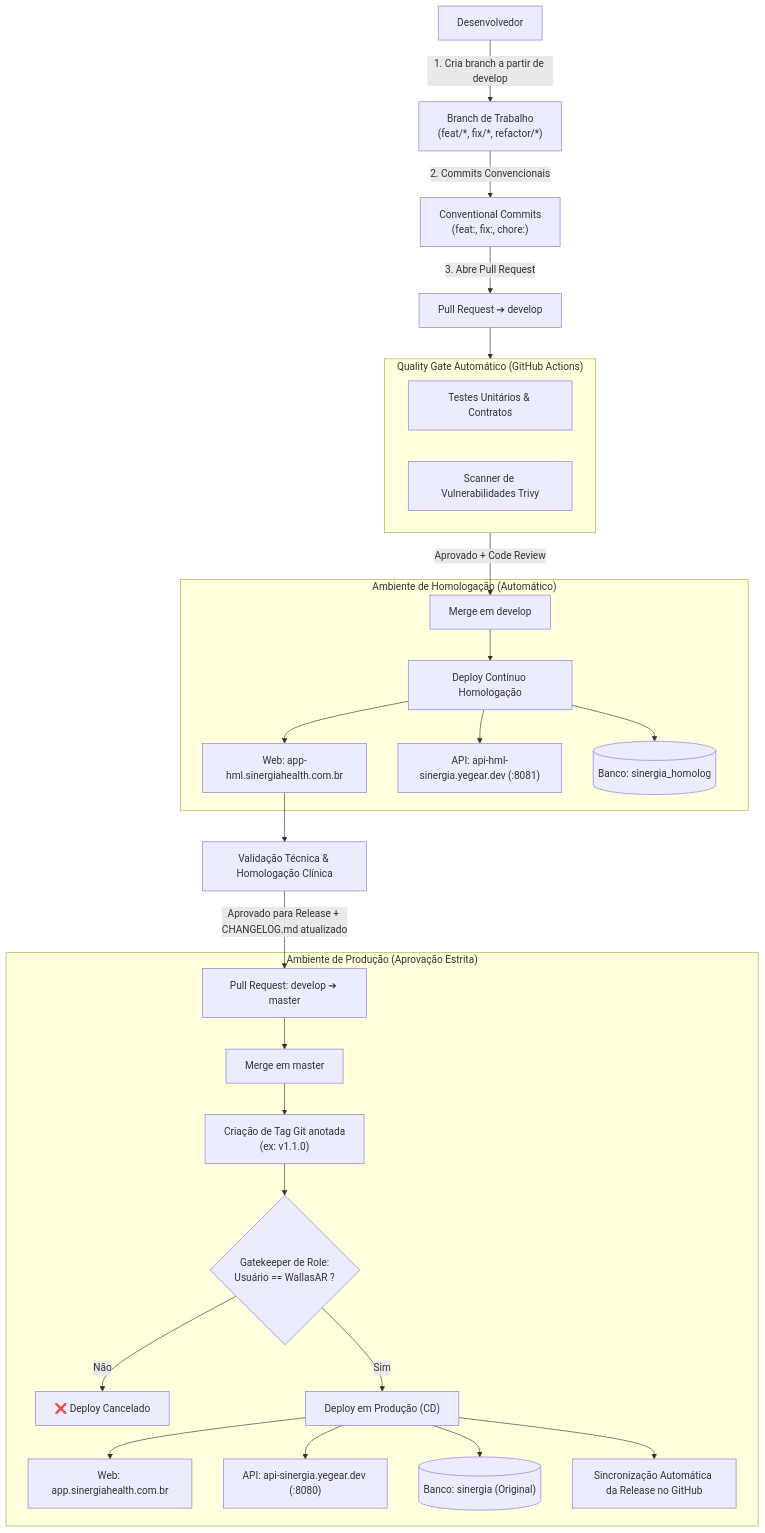
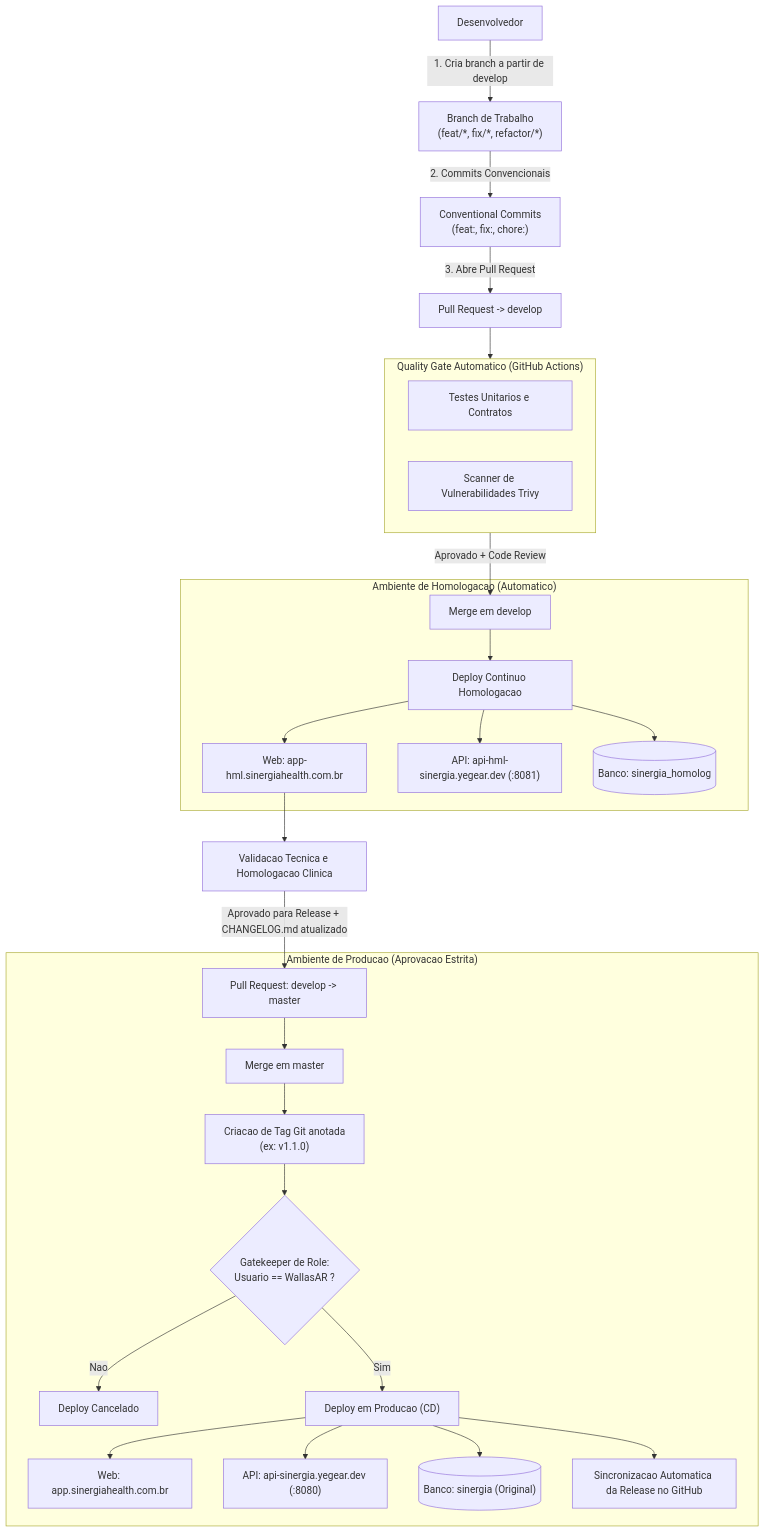
One commit to Sinergia-application/.github changed the diagram in docs/GUIA_DE_CONTRIBUICAO_E_DEPLOY_EQUIPE.md. Above: the diagram before and after it, drawn with Mermaid. The commit also changed other lines of this file and 1 other file, not shown here.

Commit message:
docs(pr-template): simplifica template de pull request e remove emojis

````diff
--- a/docs/GUIA_DE_CONTRIBUICAO_E_DEPLOY_EQUIPE.md
+++ b/docs/GUIA_DE_CONTRIBUICAO_E_DEPLOY_EQUIPE.md
@@ -9,36 +9,36 @@
 ```mermaid
 flowchart TD
     DEV["Desenvolvedor"] -->|1. Cria branch a partir de develop| BRANCH["Branch de Trabalho\n(feat/*, fix/*, refactor/*)"]
     BRANCH -->|2. Commits Convencionais| COMMITS["Conventional Commits\n(feat:, fix:, chore:)"]
-    COMMITS -->|3. Abre Pull Request| PR["Pull Request ➔ develop"]
+    COMMITS -->|3. Abre Pull Request| PR["Pull Request -> develop"]
     
-    subgraph CI["Quality Gate Automático (GitHub Actions)"]
-        TESTS["Testes Unitários & Contratos"]
+    subgraph CI["Quality Gate Automatico (GitHub Actions)"]
+        TESTS["Testes Unitarios e Contratos"]
         SECURITY["Scanner de Vulnerabilidades Trivy"]
     end
     
     PR --> CI
     CI -->|Aprovado + Code Review| MERGE_DEV["Merge em develop"]
     
-    subgraph Homolog["Ambiente de Homologação (Automático)"]
-        MERGE_DEV --> DEPLOY_HML["Deploy Contínuo Homologação"]
+    subgraph Homolog["Ambiente de Homologacao (Automatico)"]
+        MERGE_DEV --> DEPLOY_HML["Deploy Continuo Homologacao"]
         DEPLOY_HML --> HML_WEB["Web: app-hml.sinergiahealth.com.br"]
         DEPLOY_HML --> HML_API["API: api-hml-sinergia.yegear.dev (:8081)"]
         DEPLOY_HML --> HML_DB[("Banco: sinergia_homolog")]
     end
     
-    HML_WEB --> QA["Validação Técnica & Homologação Clínica"]
-    QA -->|Aprovado para Release + CHANGELOG.md atualizado| PR_MASTER["Pull Request: develop ➔ master"]
+    HML_WEB --> QA["Validacao Tecnica e Homologacao Clinica"]
+    QA -->|Aprovado para Release + CHANGELOG.md atualizado| PR_MASTER["Pull Request: develop -> master"]
     
-    subgraph Prod["Ambiente de Produção (Aprovação Estrita)"]
+    subgraph Prod["Ambiente de Producao (Aprovacao Estrita)"]
         PR_MASTER --> MERGE_MASTER["Merge em master"]
-        MERGE_MASTER --> TAG["Criação de Tag Git anotada\n(ex: v1.1.0)"]
-        TAG --> GATEKEEPER{"Gatekeeper de Role:\nUsuário == WallasAR ?"}
-        GATEKEEPER -- Não --> BLOCK["❌ Deploy Cancelado"]
-        GATEKEEPER -- Sim --> DEPLOY_PROD["Deploy em Produção (CD)"]
+        MERGE_MASTER --> TAG["Criacao de Tag Git anotada\n(ex: v1.1.0)"]
+        TAG --> GATEKEEPER{"Gatekeeper de Role:\nUsuario == WallasAR ?"}
+        GATEKEEPER -- Nao --> BLOCK["Deploy Cancelado"]
+        GATEKEEPER -- Sim --> DEPLOY_PROD["Deploy em Producao (CD)"]
         DEPLOY_PROD --> PROD_WEB["Web: app.sinergiahealth.com.br"]
         DEPLOY_PROD --> PROD_API["API: api-sinergia.yegear.dev (:8080)"]
         DEPLOY_PROD --> PROD_DB[("Banco: sinergia (Original)")]
-        DEPLOY_PROD --> RELEASE_SYNC["Sincronização Automática da Release no GitHub"]
+        DEPLOY_PROD --> RELEASE_SYNC["Sincronizacao Automatica da Release no GitHub"]
     end
 ```
````
